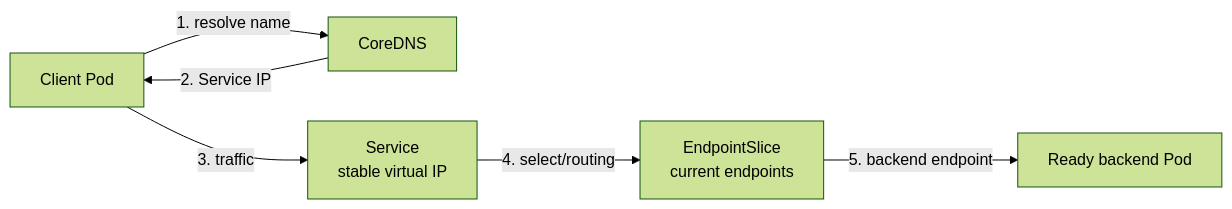
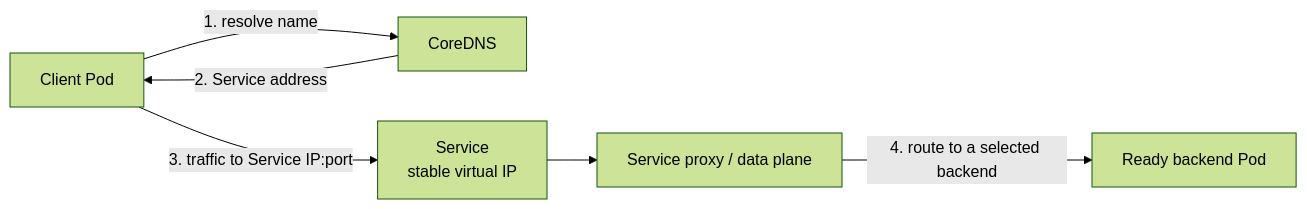
One commit to karthikreddy432/CKAD changed the tenth of 22 diagrams in kubernetes-architecture-and-communication-flow.md. Above: the diagram before and after it, drawn with Mermaid (forest theme). The commit also changed other lines of this file and 13 other files, not shown here.

````diff
--- a/kubernetes-architecture-and-communication-flow.md
+++ b/kubernetes-architecture-and-communication-flow.md
@@ -539,14 +538,14 @@
 ```mermaid
 flowchart LR
     Client["Client Pod"]
     DNS["CoreDNS"]
     Service["Service<br/>stable virtual IP"]
-    EPS["EndpointSlice<br/>current endpoints"]
+    Proxy["Service proxy / data plane"]
     Pod["Ready backend Pod"]
 
     Client -->|"1. resolve name"| DNS
-    DNS -->|"2. Service IP"| Client
-    Client -->|"3. traffic"| Service
-    Service -->|"4. select/routing"| EPS
-    EPS -->|"5. backend endpoint"| Pod
+    DNS -->|"2. Service address"| Client
+    Client -->|"3. traffic to Service IP:port"| Service
+    Service --> Proxy
+    Proxy -->|"4. route to a selected backend"| Pod
 ```
````
